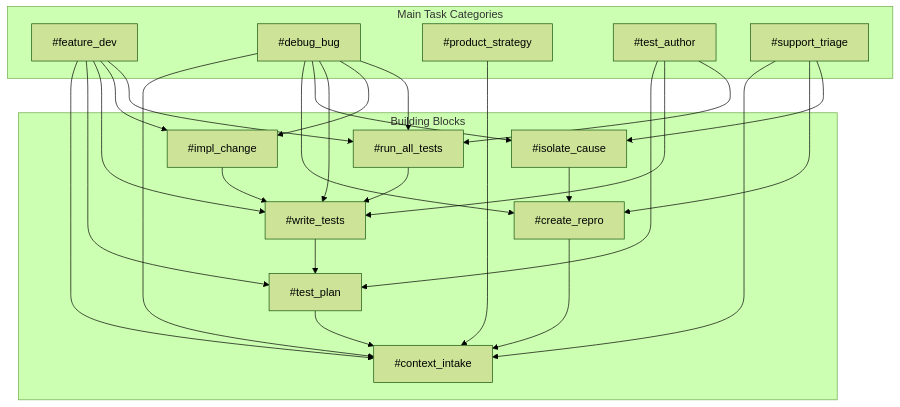
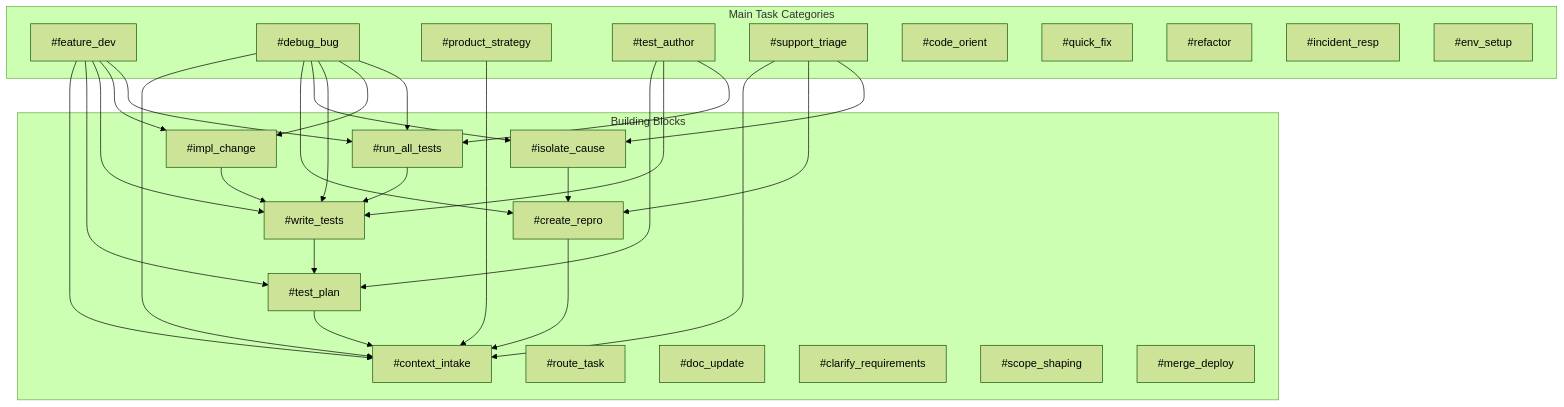
Before and after one commit to kasbuunk/eatfair: the diagram in prompts/tasks/prompt_network.md, drawn with Mermaid (forest theme). The commit also changed other lines of this file and 54 other files, not shown here.

````diff
--- a/prompts/tasks/prompt_network.md
+++ b/prompts/tasks/prompt_network.md
@@ -16,56 +16,66 @@
 ```mermaid
 graph TD
     subgraph "Main Task Categories"
         FD[#feature_dev]
         DB[#debug_bug] 
         PS[#product_strategy]
         TA[#test_author]
         ST[#support_triage]
+        CO[#code_orient]
+        QF[#quick_fix]
+        RF[#refactor]
+        IR[#incident_resp]
+        ES[#env_setup]
     end
     
     subgraph "Building Blocks"
         CI[#context_intake]
         TP[#test_plan]
         WT[#write_tests]
         IC[#impl_change]
         RAT[#run_all_tests]
         CR[#create_repro]
         ISO[#isolate_cause]
+        RT[#route_task]
+        DU[#doc_update]
+        CLR[#clarify_requirements]
+        SS[#scope_shaping]
+        MD[#merge_deploy]
     end
     
     %% Feature Development Flow
     FD --> CI
     FD --> TP
     FD --> WT
     FD --> IC
     FD --> RAT
     
     %% Debug Bug Flow
     DB --> CI
     DB --> CR
     DB --> ISO
     DB --> WT
     DB --> IC
     DB --> RAT
     
     %% Product Strategy Flow  
     PS --> CI
     
     %% Test Author Flow
     TA --> TP
     TA --> WT
     TA --> RAT
     
     %% Support Triage Flow
     ST --> CI
     ST --> CR
     ST --> ISO
     
     %% Building Block Dependencies
     TP --> CI
     WT --> TP
     CR --> CI
     IC --> WT
     RAT --> WT
     ISO --> CR
 ```
````
